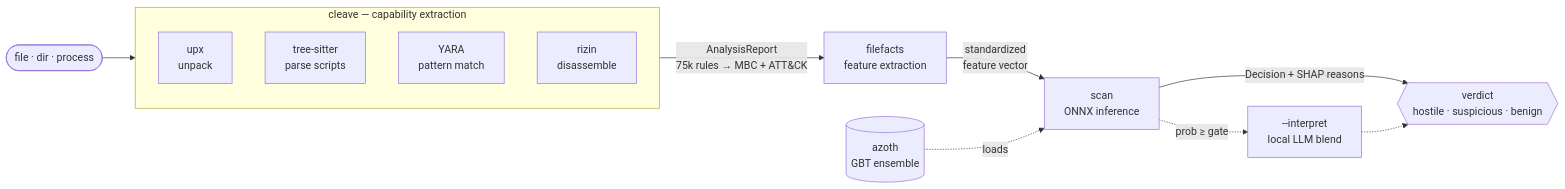
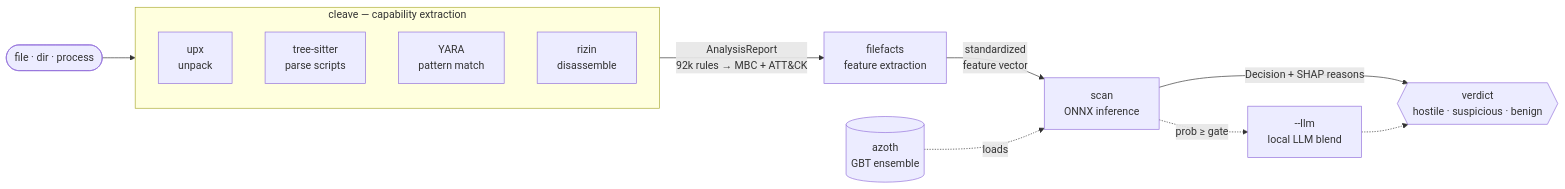
The diagram in README.md (atomdrift-project/scan), drawn with Mermaid before and after one commit. The commit also changed other lines of this file and 1 other file, not shown here.

````diff
--- a/README.md
+++ b/README.md
@@ -31,28 +31,28 @@
 ```mermaid
 flowchart LR
     IN([file · dir · process]) --> CLEAVE
 
     subgraph CLEAVE[cleave — capability extraction]
         direction TB
         UPX[upx<br/>unpack]
         TS[tree-sitter<br/>parse scripts]
         YARA[YARA<br/>pattern match]
         RIZIN[rizin<br/>disassemble]
     end
 
-    CLEAVE -->|AnalysisReport<br/>75k rules → MBC + ATT&CK| FF[filefacts<br/>feature extraction]
+    CLEAVE -->|AnalysisReport<br/>92k rules → MBC + ATT&CK| FF[filefacts<br/>feature extraction]
     FF -->|standardized<br/>feature vector| SCAN[scan<br/>ONNX inference]
     AZOTH[(azoth<br/>GBT ensemble)] -.loads.-> SCAN
     SCAN -->|Decision + SHAP reasons| OUT{{verdict<br/>hostile · suspicious · benign}}
-    SCAN -.->|prob ≥ gate| INTERPRET[--interpret<br/>local LLM blend]
+    SCAN -.->|prob ≥ gate| INTERPRET[--llm<br/>local LLM blend]
     INTERPRET -.-> OUT
 
     click CLEAVE "https://atomdrift.org/cleave" _blank
     click FF "https://atomdrift.org/filefacts" _blank
     click AZOTH "https://atomdrift.org/azoth" _blank
     click SCAN "https://atomdrift.org/scan" _blank
     click UPX "https://upx.github.io/" _blank
     click TS "https://tree-sitter.github.io/tree-sitter/" _blank
     click YARA "https://virustotal.github.io/yara-x/" _blank
     click RIZIN "https://rizin.re/" _blank
 ```
````
